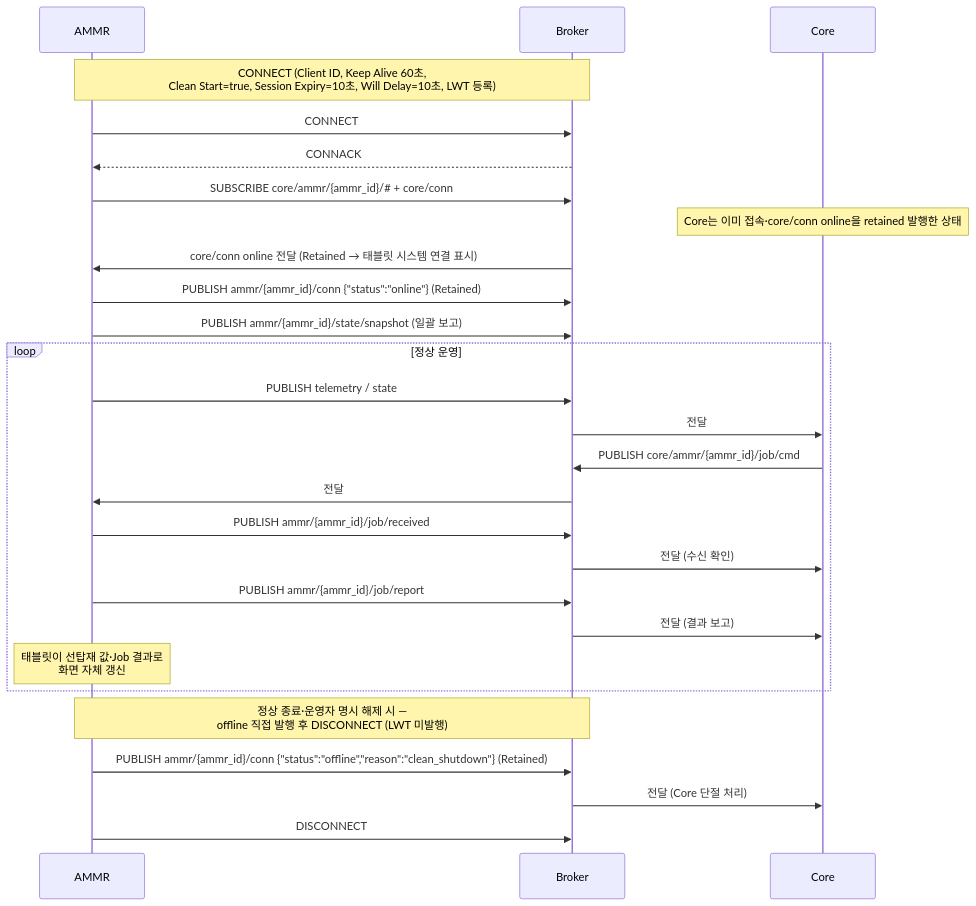
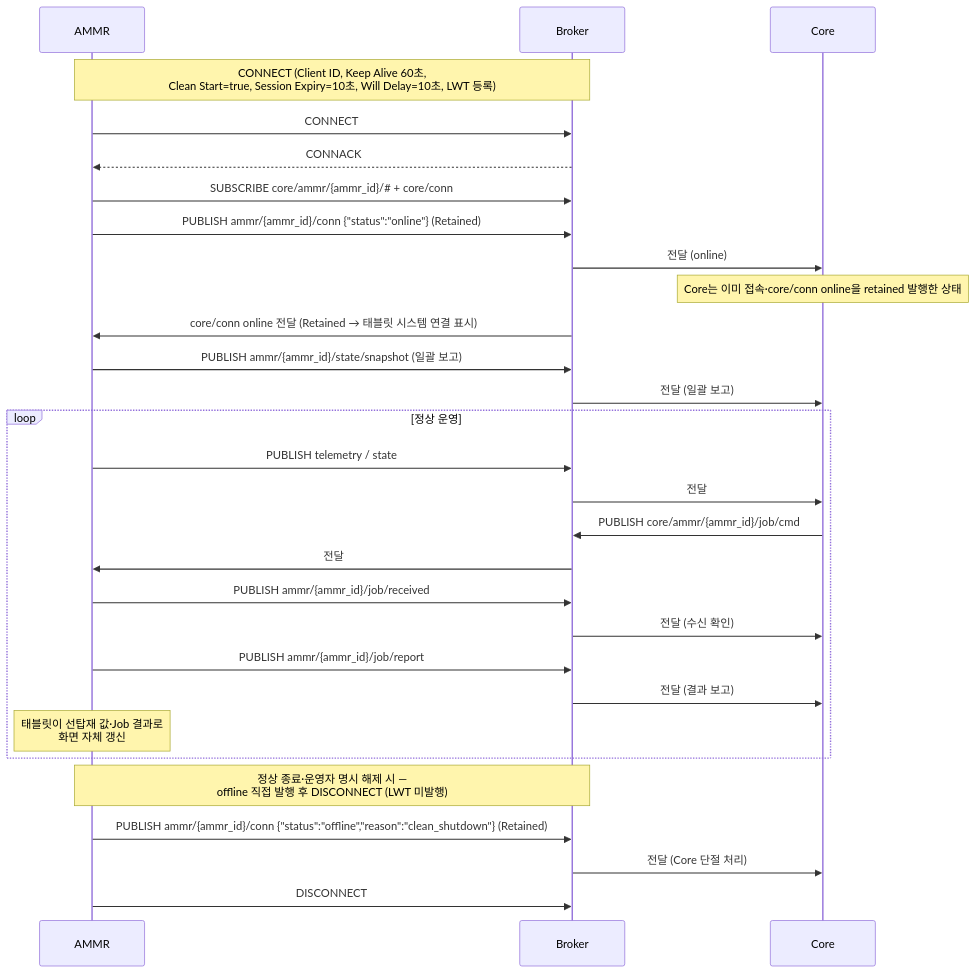
One commit to kimminsu0315/Core-Docs changed the third of 13 diagrams in docs/out/Core_ICD_AMMR.md. Above: the diagram before and after it, drawn with Mermaid. The commit also changed other lines of this file and 3 other files, not shown here.

````diff
--- a/docs/out/Core_ICD_AMMR.md
+++ b/docs/out/Core_ICD_AMMR.md
@@ -242,32 +242,34 @@
 ```mermaid
 sequenceDiagram
     participant A as AMMR
     participant B as Broker
     participant C as Core
 
     Note over A,B: CONNECT (Client ID, Keep Alive 60초,<br/>Clean Start=true, Session Expiry=10초, Will Delay=10초, LWT 등록)
     A->>B: CONNECT
     B-->>A: CONNACK
     A->>B: SUBSCRIBE core/ammr/{ammr_id}/#35; + core/conn
+    A->>B: PUBLISH ammr/{ammr_id}/conn {"status":"online"} (Retained)
+    B->>C: 전달 (online)
     Note over C: Core는 이미 접속·core/conn online을 retained 발행한 상태
     B->>A: core/conn online 전달 (Retained → 태블릿 시스템 연결 표시)
-    A->>B: PUBLISH ammr/{ammr_id}/conn {"status":"online"} (Retained)
     A->>B: PUBLISH ammr/{ammr_id}/state/snapshot (일괄 보고)
+    B->>C: 전달 (일괄 보고)
 
     loop 정상 운영
         A->>B: PUBLISH telemetry / state
         B->>C: 전달
         C->>B: PUBLISH core/ammr/{ammr_id}/job/cmd
         B->>A: 전달
         A->>B: PUBLISH ammr/{ammr_id}/job/received
         B->>C: 전달 (수신 확인)
         A->>B: PUBLISH ammr/{ammr_id}/job/report
         B->>C: 전달 (결과 보고)
         Note over A: 태블릿이 선탑재 값·Job 결과로<br/>화면 자체 갱신
     end
 
     Note over A,B: 정상 종료·운영자 명시 해제 시 —<br/>offline 직접 발행 후 DISCONNECT (LWT 미발행)
     A->>B: PUBLISH ammr/{ammr_id}/conn {"status":"offline","reason":"clean_shutdown"} (Retained)
     B->>C: 전달 (Core 단절 처리)
     A->>B: DISCONNECT
 ```
````
